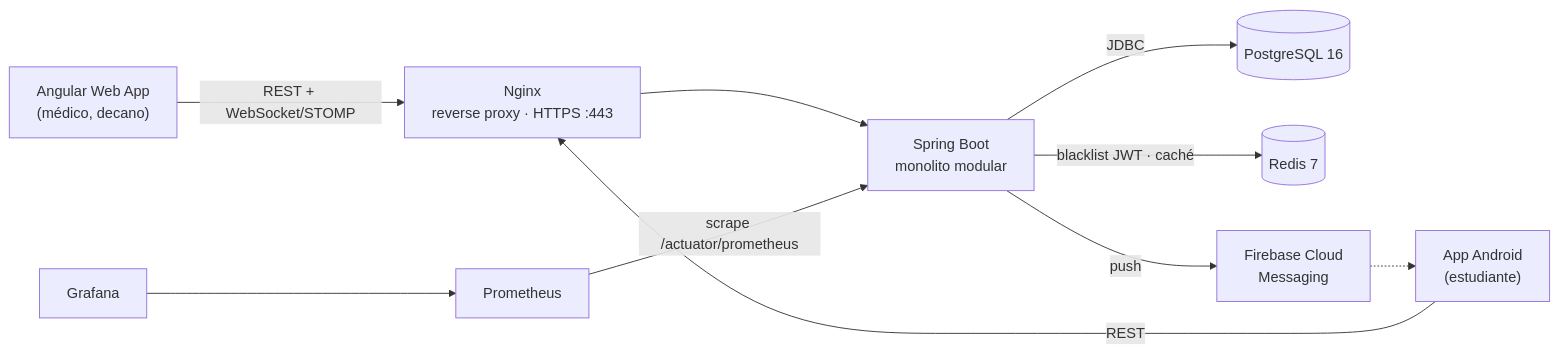
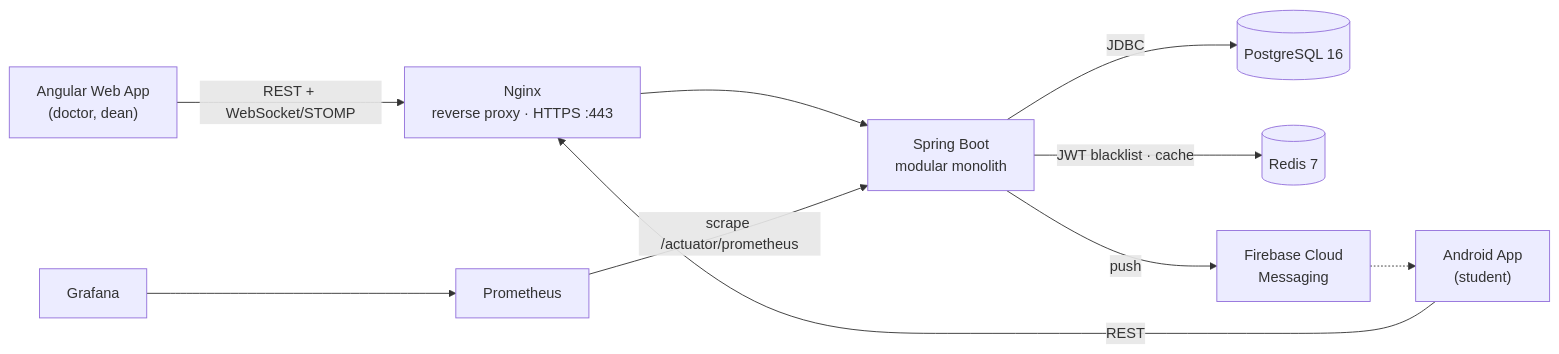
Before and after one commit to zhunio2003/medista: the diagram in README.md, drawn with Mermaid. The commit also changed other lines of this file and 2 other files, not shown here.

````diff
--- a/README.md
+++ b/README.md
@@ -105,22 +105,22 @@
 ```mermaid
 flowchart LR
-    web["Angular Web App<br/>(médico, decano)"]
-    app["App Android<br/>(estudiante)"]
+    web["Angular Web App<br/>(doctor, dean)"]
+    app["Android App<br/>(student)"]
     nginx["Nginx<br/>reverse proxy · HTTPS :443"]
-    api["Spring Boot<br/>monolito modular"]
+    api["Spring Boot<br/>modular monolith"]
     pg[("PostgreSQL 16")]
     redis[("Redis 7")]
     fcm["Firebase Cloud<br/>Messaging"]
     prom["Prometheus"]
     graf["Grafana"]
 
     web -- "REST + WebSocket/STOMP" --> nginx
     app -- REST --> nginx
     nginx --> api
     api -- JDBC --> pg
-    api -- "blacklist JWT · caché" --> redis
+    api -- "JWT blacklist · cache" --> redis
     api -- "push" --> fcm
     fcm -.-> app
     prom -- "scrape /actuator/prometheus" --> api
     graf --> prom
 ```
````
